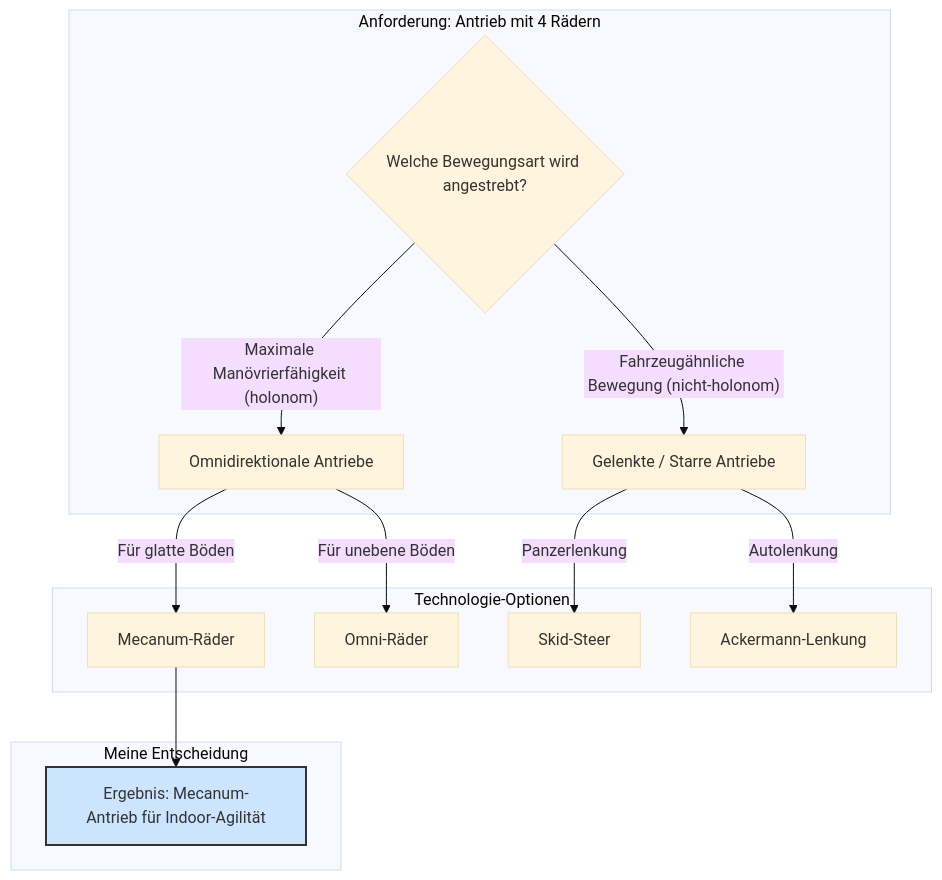
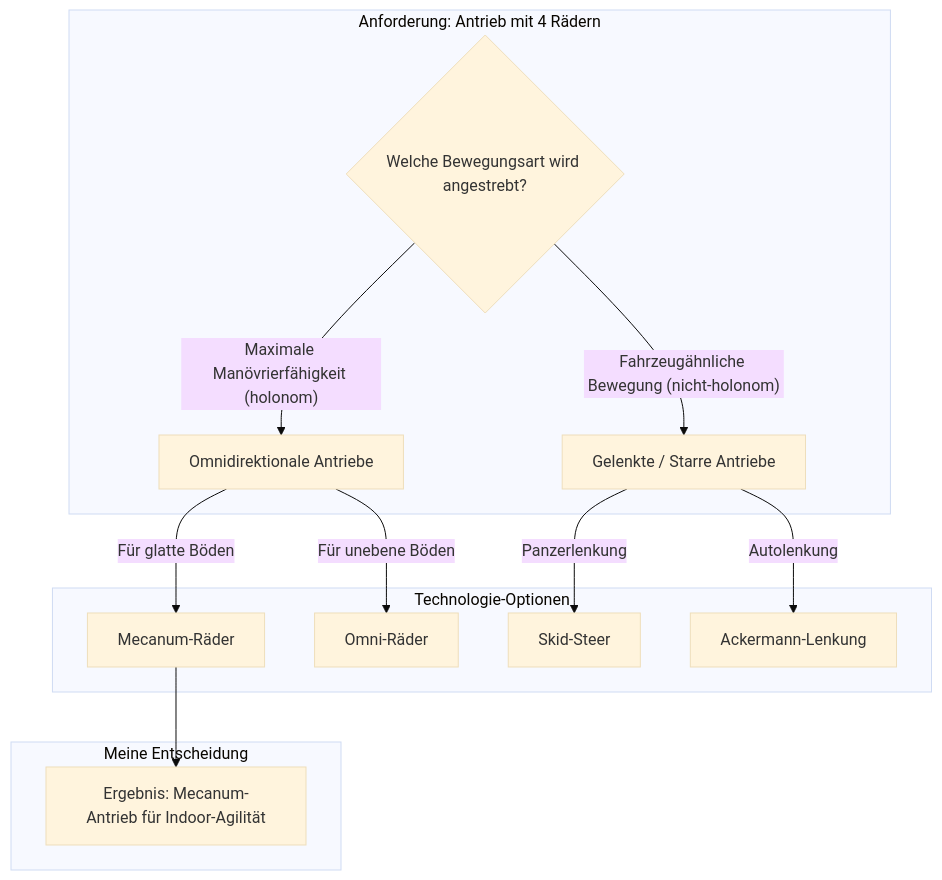
The first of 3 diagrams in docs/doc/PROJEKT.md (goldjunge91/my_steel-robot_ws), drawn with Mermaid (base theme) before and after one commit. The commit also changed other lines of this file and 7 other files, not shown here.

````diff
--- a/docs/doc/PROJEKT.md
+++ b/docs/doc/PROJEKT.md
@@ -67,21 +78,19 @@
 ```mermaid
 graph TD
     subgraph "Anforderung: Antrieb mit 4 Rädern"
         A{Welche Bewegungsart wird angestrebt?}
         A -- "Maximale Manövrierfähigkeit (holonom)" --> B[Omnidirektionale Antriebe]
         A -- "Fahrzeugähnliche Bewegung (nicht-holonom)" --> C[Gelenkte / Starre Antriebe]
     end
 
     subgraph "Technologie-Optionen"
         B -- "Für glatte Böden" --> B1["Mecanum-Räder"]
         B -- "Für unebene Böden" --> B2["Omni-Räder"]
         C -- "Panzerlenkung" --> C1["Skid-Steer"]
         C -- "Autolenkung" --> C2["Ackermann-Lenkung"]
     end
 
     subgraph "Meine Entscheidung"
         B1 --> End1[Ergebnis: Mecanum-Antrieb für Indoor-Agilität]
     end
-
-    style End1 fill:#cde4ff,stroke:#333,stroke-width:2px
 ```
````
